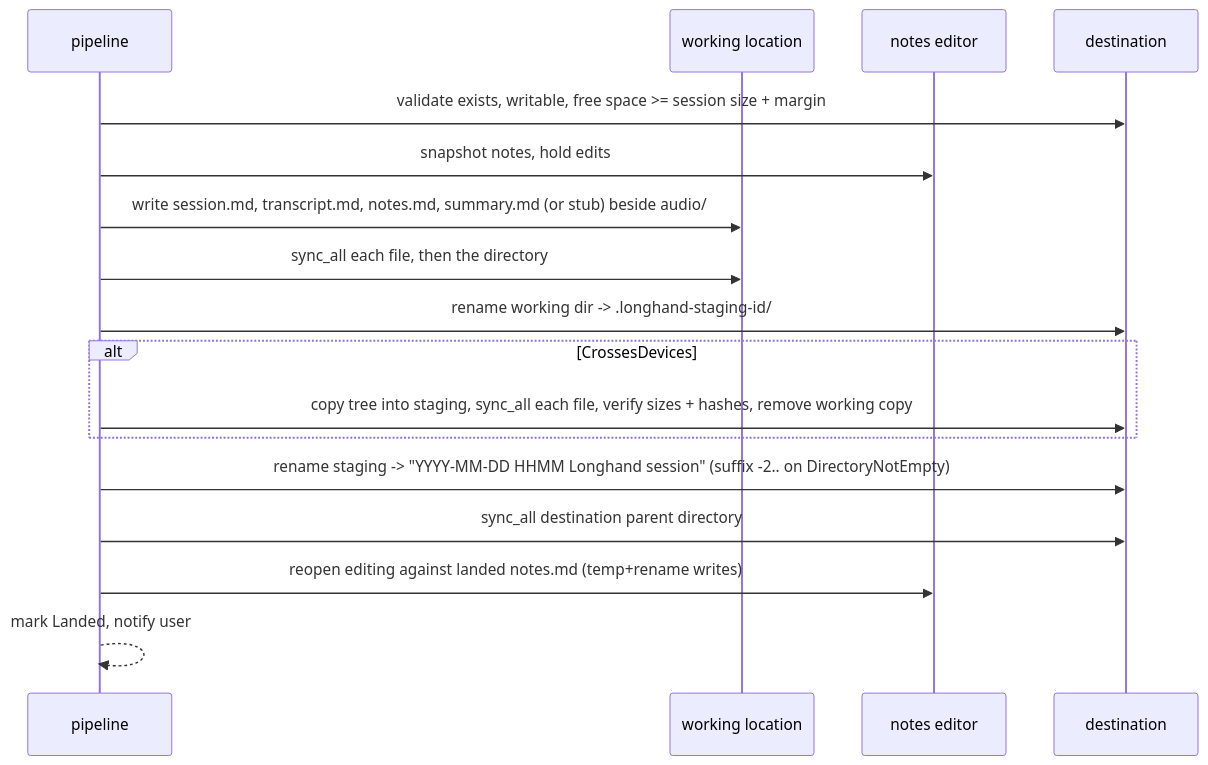
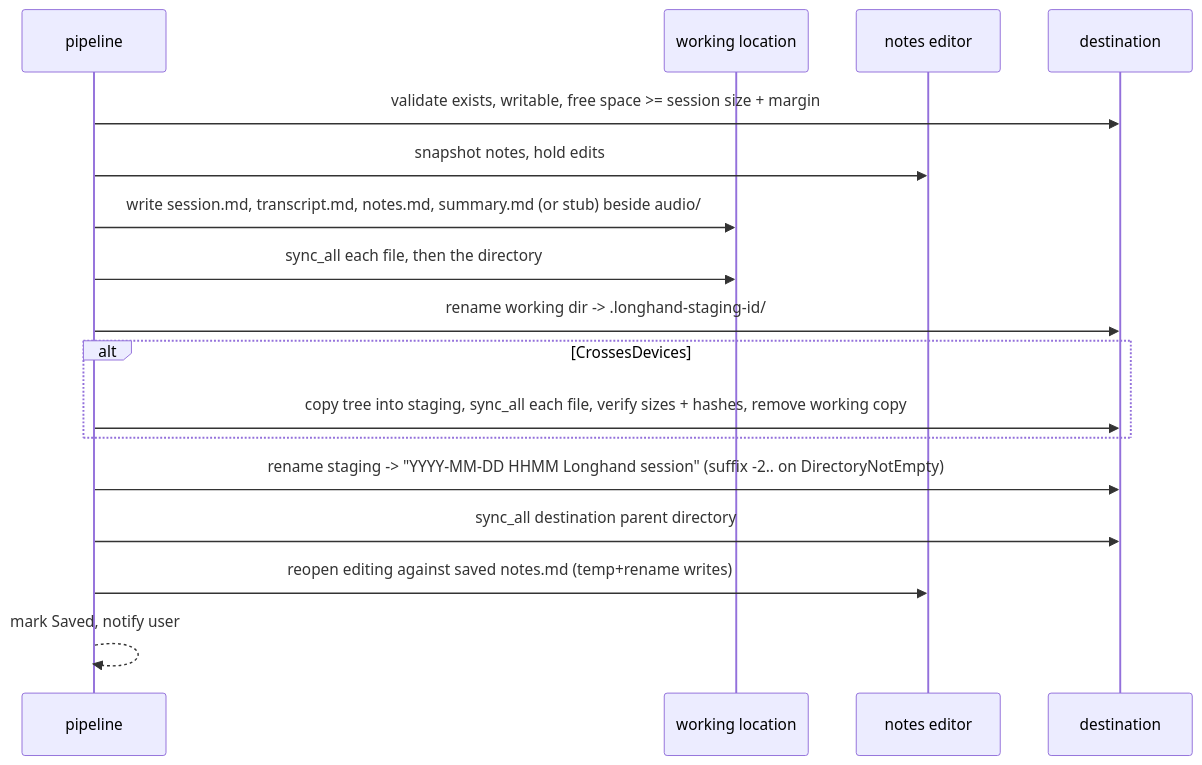
The fourth of 4 diagrams in docs/plans/2026-09-21-2052-feat-longhand-walking-skeleton-plan.md (twistymaze/longhand), drawn with Mermaid before and after one commit. The commit also changed other lines of this file and 3 other files, not shown here.

````diff
--- a/docs/plans/2026-09-21-2052-feat-longhand-walking-skeleton-plan.md
+++ b/docs/plans/2026-09-21-2052-feat-longhand-walking-skeleton-plan.md
@@ -438,19 +438,19 @@
 ```mermaid
 sequenceDiagram
   participant P as pipeline
   participant W as working location
   participant N as notes editor
   participant D as destination
   P->>D: validate exists, writable, free space >= session size + margin
   P->>N: snapshot notes, hold edits
   P->>W: write session.md, transcript.md, notes.md, summary.md (or stub) beside audio/
   P->>W: sync_all each file, then the directory
   P->>D: rename working dir -> .longhand-staging-id/
   alt CrossesDevices
     P->>D: copy tree into staging, sync_all each file, verify sizes + hashes, remove working copy
   end
   P->>D: rename staging -> "YYYY-MM-DD HHMM Longhand session" (suffix -2.. on DirectoryNotEmpty)
   P->>D: sync_all destination parent directory
-  P->>N: reopen editing against landed notes.md (temp+rename writes)
-  P-->>P: mark Landed, notify user
+  P->>N: reopen editing against saved notes.md (temp+rename writes)
+  P-->>P: mark Saved, notify user
 ```
````
